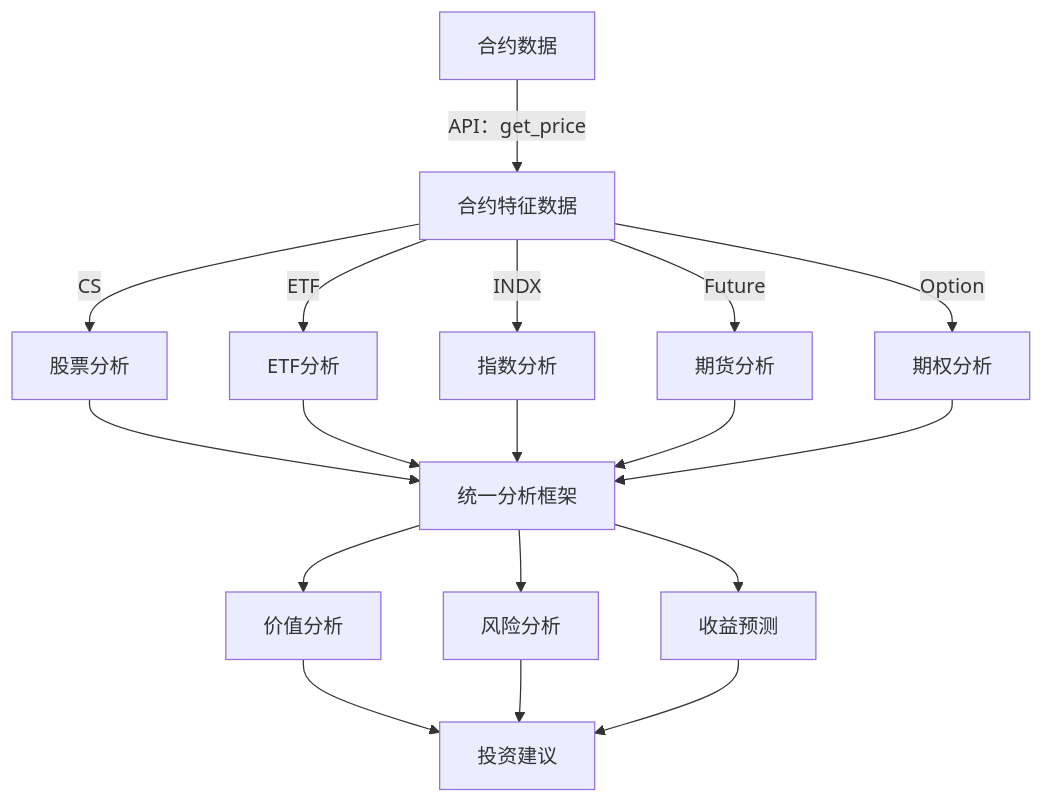
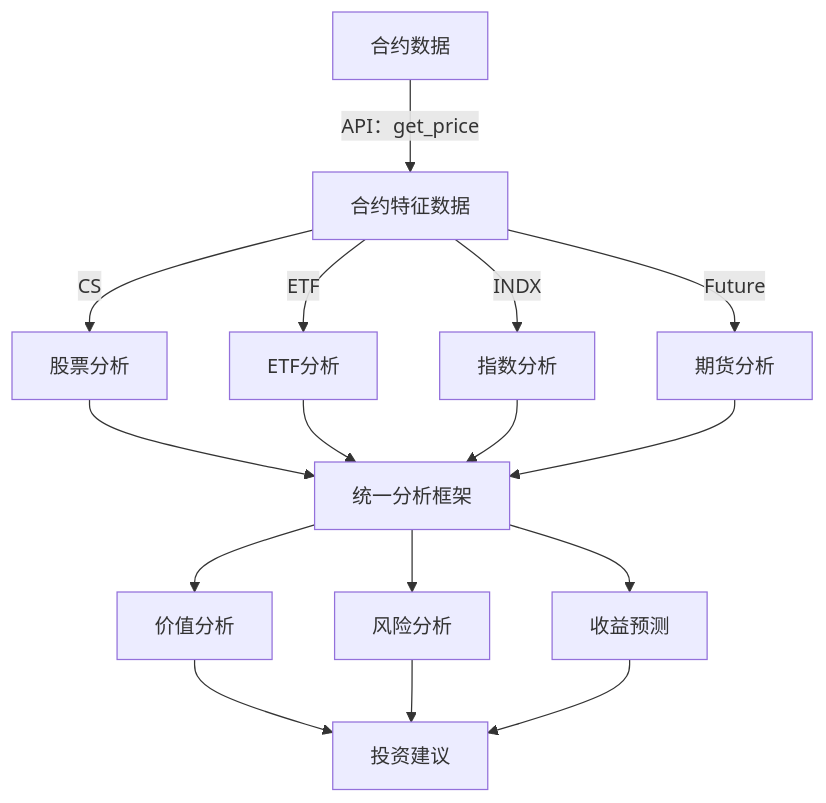
One commit to Dujsjs/fdu2025_bigdata_final changed the diagram in ProjectDesigns.md. Above: the diagram before and after it, drawn with Mermaid. The commit also changed 8 other files, not shown here.

````diff
--- a/ProjectDesigns.md
+++ b/ProjectDesigns.md
@@ -42,14 +42,13 @@
     ```mermaid
     graph TD
     A[合约数据] -->|API：get_price| B[合约特征数据]
     B -->|CS| C[股票分析]
     B -->|ETF| D[ETF分析]
     B -->|INDX| E[指数分析]
     B -->|Future| F[期货分析]
-    B -->|Option| G[期权分析]
-    C & D & E & F & G --> H[统一分析框架]
+    C & D & E & F --> H[统一分析框架]
     H --> I[价值分析]
     H --> J[风险分析]
     H --> K[收益预测]
     I & J & K --> L[投资建议]
     ```
````
